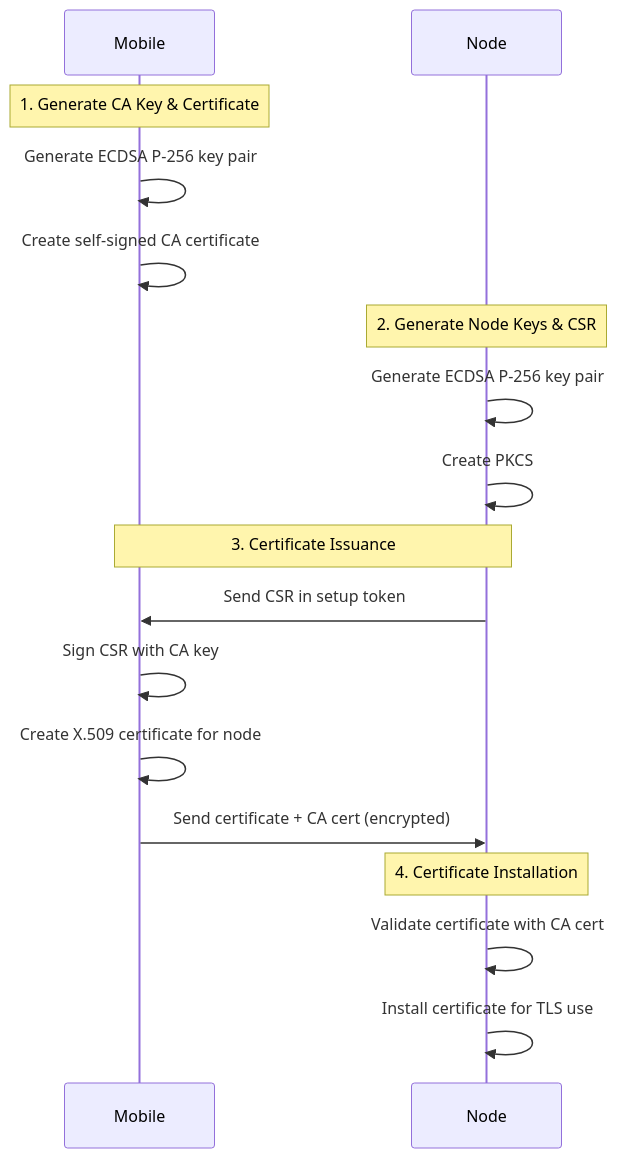
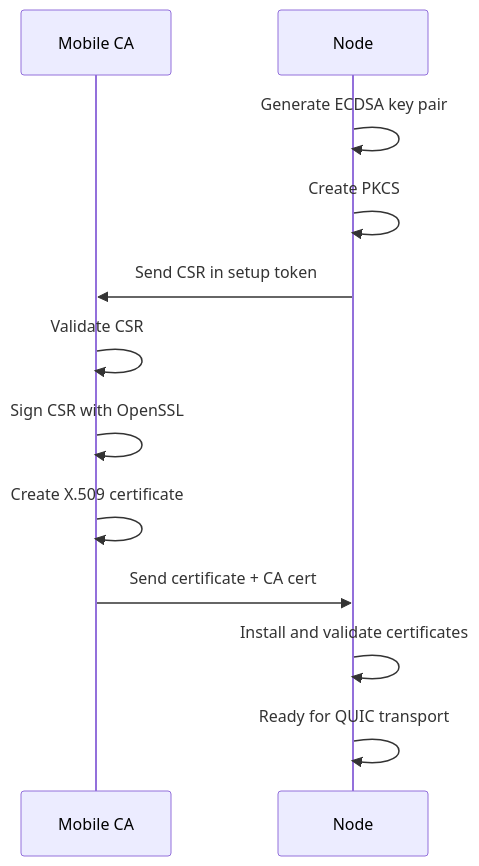
The second of 3 diagrams in runar-keys-fix/DESIGN.md (runar-labs/runar-rust), drawn with Mermaid before and after one commit. The commit also changed other lines of this file, not shown here.

````diff
--- a/runar-keys-fix/DESIGN.md
+++ b/runar-keys-fix/DESIGN.md
@@ -167,23 +176,15 @@
 ```mermaid
 sequenceDiagram
-    participant M as Mobile
+    participant M as Mobile CA
     participant N as Node
     
-    Note over M: 1. Generate CA Key & Certificate
-    M->>M: Generate ECDSA P-256 key pair
-    M->>M: Create self-signed CA certificate
-    
-    Note over N: 2. Generate Node Keys & CSR
-    N->>N: Generate ECDSA P-256 key pair
-    N->>N: Create PKCS#10 CSR with node identity
-    
-    Note over M,N: 3. Certificate Issuance
+    N->>N: Generate ECDSA key pair
+    N->>N: Create PKCS#10 CSR
     N->>M: Send CSR in setup token
-    M->>M: Sign CSR with CA key
-    M->>M: Create X.509 certificate for node
-    M->>N: Send certificate + CA cert (encrypted)
-    
-    Note over N: 4. Certificate Installation
-    N->>N: Validate certificate with CA cert
-    N->>N: Install certificate for TLS use
+    M->>M: Validate CSR
+    M->>M: Sign CSR with OpenSSL
+    M->>M: Create X.509 certificate
+    M->>N: Send certificate + CA cert
+    N->>N: Install and validate certificates
+    N->>N: Ready for QUIC transport
 ```
````
